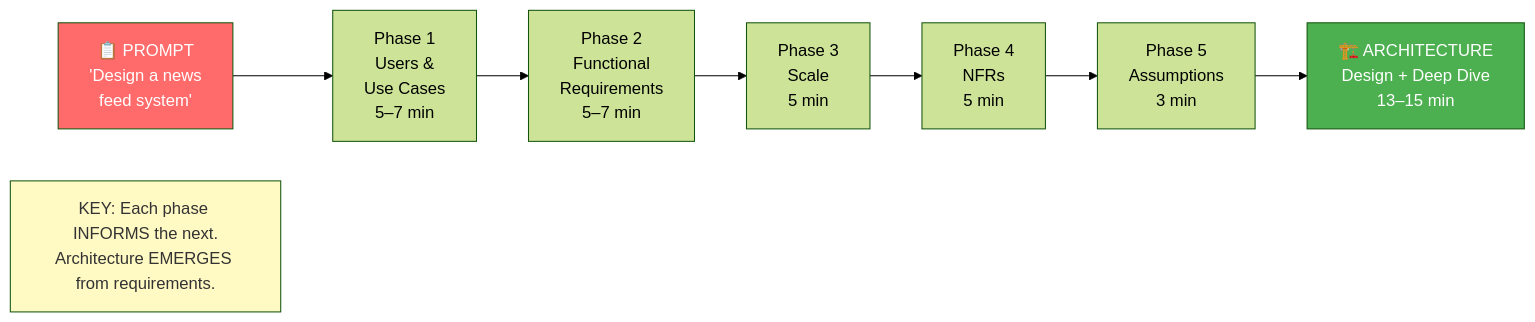
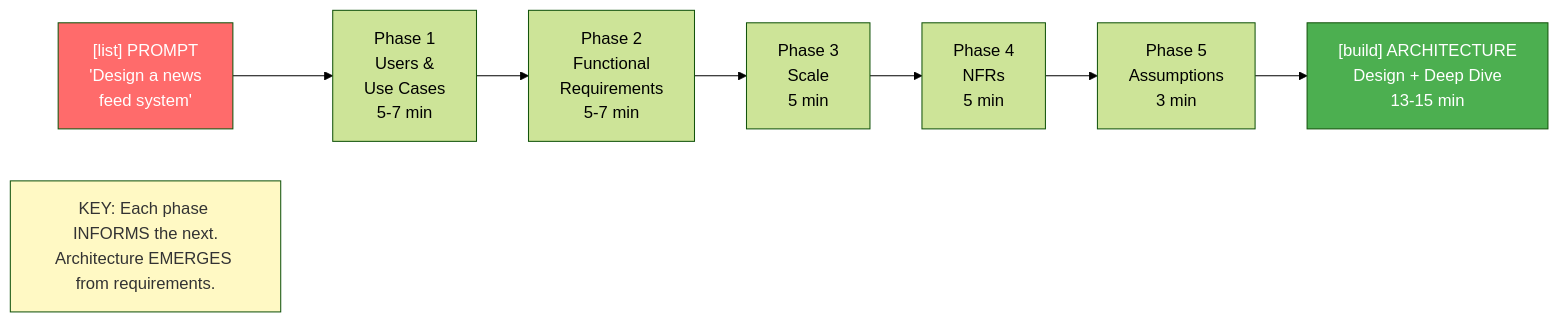
One commit to ranjeetnegi/System-Design-for-Staff-SWE changed the first of 4 diagrams in Section2/Chapter_19_End_to_End_5_Phase_Framework.md. Above: the diagram before and after it, drawn with Mermaid (forest theme). The commit also changed other lines of this file and 20 other files, not shown here.

````diff
--- a/Section2/Chapter_19_End_to_End_5_Phase_Framework.md
+++ b/Section2/Chapter_19_End_to_End_5_Phase_Framework.md
@@ -61,13 +61,13 @@
 ```mermaid
 flowchart LR
-    A["📋 PROMPT\n'Design a news\nfeed system'"] --> B["Phase 1\nUsers &\nUse Cases\n5–7 min"]
-    B --> C["Phase 2\nFunctional\nRequirements\n5–7 min"]
+    A["[list] PROMPT\n'Design a news\nfeed system'"] --> B["Phase 1\nUsers &\nUse Cases\n5-7 min"]
+    B --> C["Phase 2\nFunctional\nRequirements\n5-7 min"]
     C --> D["Phase 3\nScale\n5 min"]
     D --> E["Phase 4\nNFRs\n5 min"]
     E --> F["Phase 5\nAssumptions\n3 min"]
-    F --> G["🏗️ ARCHITECTURE\nDesign + Deep Dive\n13–15 min"]
+    F --> G["[build] ARCHITECTURE\nDesign + Deep Dive\n13-15 min"]
     style A fill:#ff6b6b,color:#fff
     style G fill:#4CAF50,color:#fff
     note["KEY: Each phase INFORMS the next.\nArchitecture EMERGES from requirements."]
     style note fill:#FFF9C4,color:#333
 ```
````
